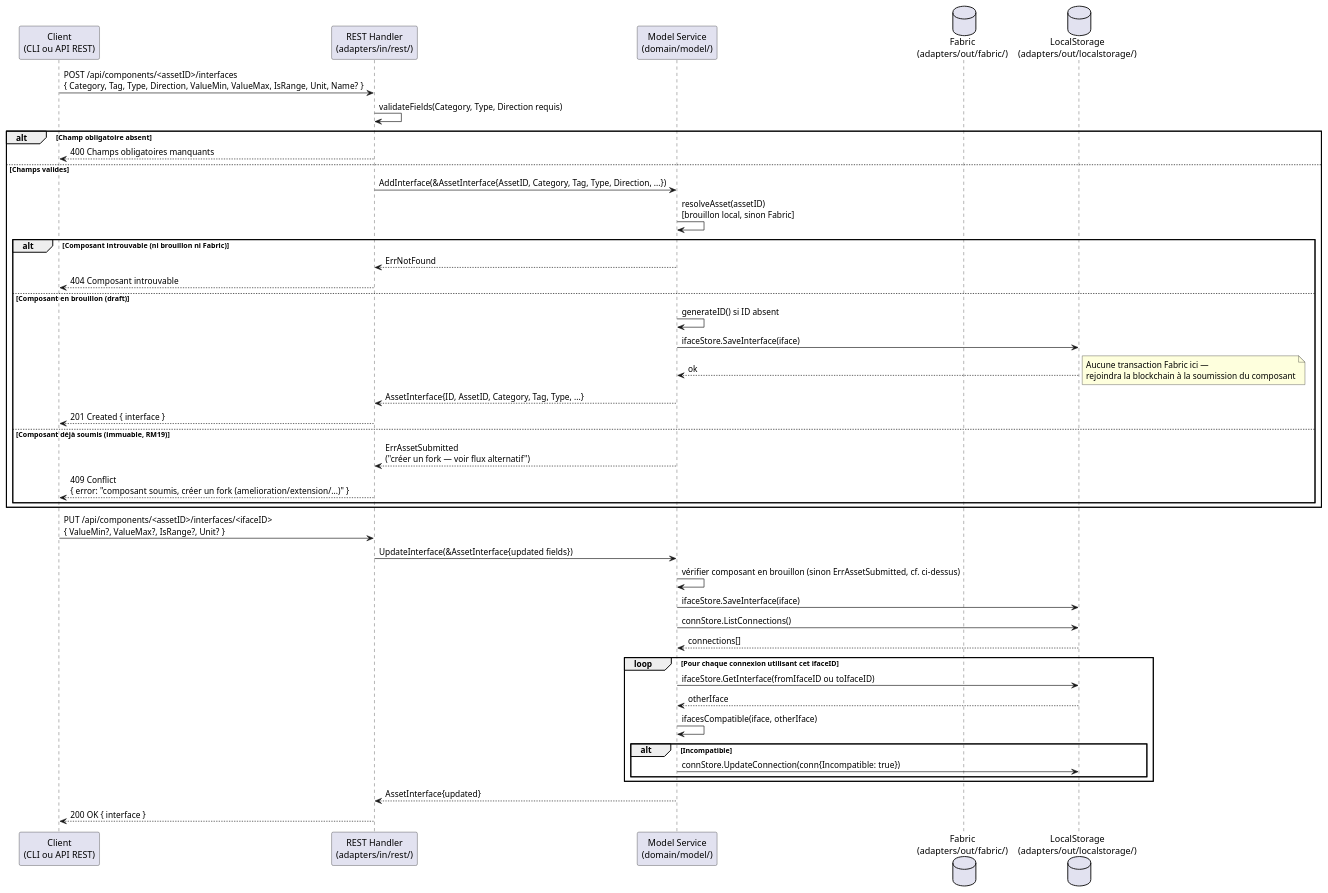
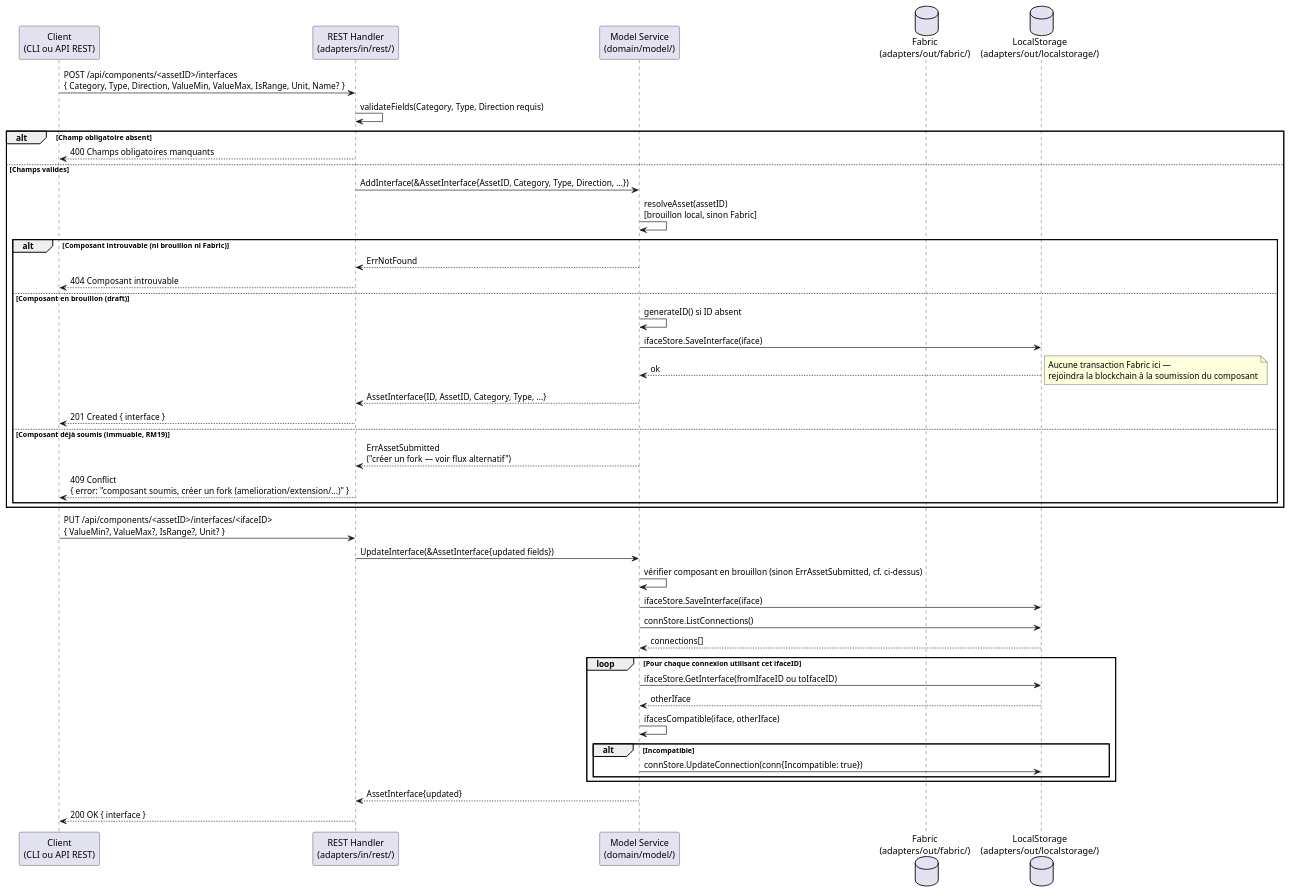
The second of 2 diagrams in specs/2-Analyse/UCCE-Composant_Ecriture/UCCE06.md (myr-forge/myr-core), drawn with PlantUML before and after one commit. The commit also changed other lines of this file and 23 other files, not shown here.

First line of the commit message:
docs(specs): drop the tag criterion from RM11, track multi-constraint interfaces

````diff
--- a/specs/2-Analyse/UCCE-Composant_Ecriture/UCCE06.md
+++ b/specs/2-Analyse/UCCE-Composant_Ecriture/UCCE06.md
@@ -226,56 +222,56 @@
 ```plantuml
 @startuml
 participant "Client\n(CLI ou API REST)" as Browser
 participant "REST Handler\n(adapters/in/rest/)" as REST
 participant "Model Service\n(domain/model/)" as ModelSvc
 database "Fabric\n(adapters/out/fabric/)" as Fabric
 database "LocalStorage\n(adapters/out/localstorage/)" as Local
 
-Browser -> REST : POST /api/components/<assetID>/interfaces\n{ Category, Tag, Type, Direction, ValueMin, ValueMax, IsRange, Unit, Name? }
+Browser -> REST : POST /api/components/<assetID>/interfaces\n{ Category, Type, Direction, ValueMin, ValueMax, IsRange, Unit, Name? }
 REST -> REST : validateFields(Category, Type, Direction requis)
 
 alt Champ obligatoire absent
     REST --> Browser : 400 Champs obligatoires manquants
 else Champs valides
-    REST -> ModelSvc : AddInterface(&AssetInterface{AssetID, Category, Tag, Type, Direction, ...})
+    REST -> ModelSvc : AddInterface(&AssetInterface{AssetID, Category, Type, Direction, ...})
 
     ModelSvc -> ModelSvc : resolveAsset(assetID)\n[brouillon local, sinon Fabric]
 
     alt Composant introuvable (ni brouillon ni Fabric)
         ModelSvc --> REST : ErrNotFound
         REST --> Browser : 404 Composant introuvable
     else Composant en brouillon (draft)
         ModelSvc -> ModelSvc : generateID() si ID absent
         ModelSvc -> Local : ifaceStore.SaveInterface(iface)
         Local --> ModelSvc : ok
         note right : Aucune transaction Fabric ici —\nrejoindra la blockchain à la soumission du composant
-        ModelSvc --> REST : AssetInterface{ID, AssetID, Category, Tag, Type, ...}
+        ModelSvc --> REST : AssetInterface{ID, AssetID, Category, Type, ...}
         REST --> Browser : 201 Created { interface }
     else Composant déjà soumis (immuable, RM19)
         ModelSvc --> REST : ErrAssetSubmitted\n("créer un fork — voir flux alternatif")
         REST --> Browser : 409 Conflict\n{ error: "composant soumis, créer un fork (amelioration/extension/...)" }
     end
 end
 
 Browser -> REST : PUT /api/components/<assetID>/interfaces/<ifaceID>\n{ ValueMin?, ValueMax?, IsRange?, Unit? }
 REST -> ModelSvc : UpdateInterface(&AssetInterface{updated fields})
 
 ModelSvc -> ModelSvc : vérifier composant en brouillon (sinon ErrAssetSubmitted, cf. ci-dessus)
 ModelSvc -> Local : ifaceStore.SaveInterface(iface)
 ModelSvc -> Local : connStore.ListConnections()
 Local --> ModelSvc : connections[]
 
 loop Pour chaque connexion utilisant cet ifaceID
     ModelSvc -> Local : ifaceStore.GetInterface(fromIfaceID ou toIfaceID)
     Local --> ModelSvc : otherIface
     ModelSvc -> ModelSvc : ifacesCompatible(iface, otherIface)
     alt Incompatible
         ModelSvc -> Local : connStore.UpdateConnection(conn{Incompatible: true})
     end
 end
 
 ModelSvc --> REST : AssetInterface{updated}
 REST --> Browser : 200 OK { interface }
 
 @enduml
 ```
````
